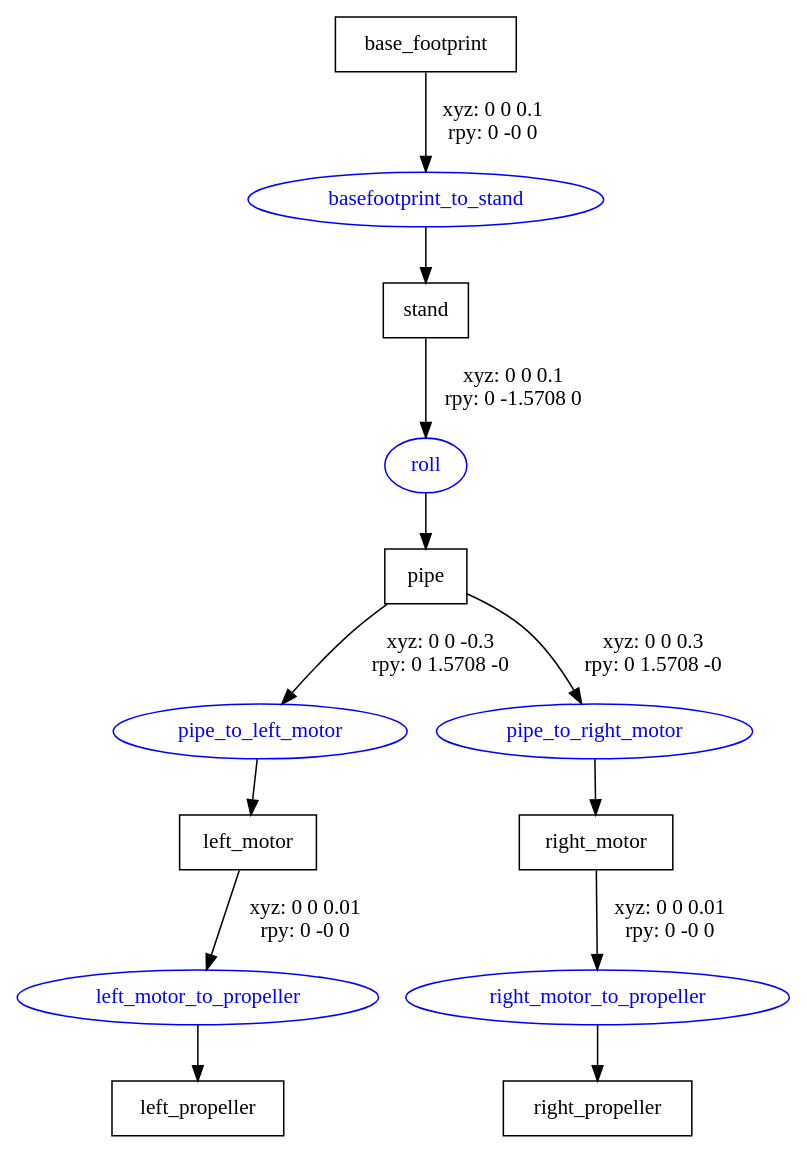
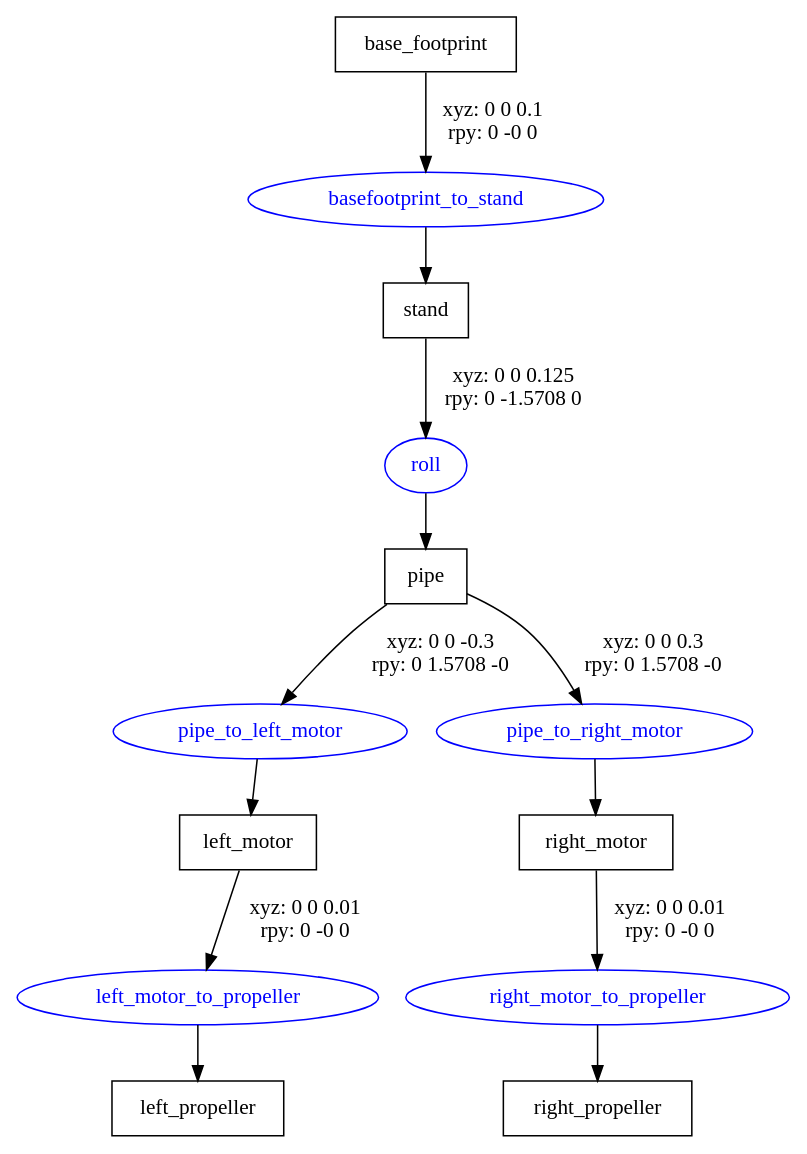
Before and after one commit to kasraazizi/thrust_balance: the diagram in tb_description/urdf/thrustbalance.gv, drawn with Graphviz. The commit also changed 3 other files, not shown here.

```diff
--- a/tb_description/urdf/thrustbalance.gv
+++ b/tb_description/urdf/thrustbalance.gv
@@ -1,23 +1,23 @@
 digraph G {
 node [shape=box];
 "base_footprint" [label="base_footprint"];
 "stand" [label="stand"];
 "pipe" [label="pipe"];
 "left_motor" [label="left_motor"];
 "left_propeller" [label="left_propeller"];
 "right_motor" [label="right_motor"];
 "right_propeller" [label="right_propeller"];
 node [shape=ellipse, color=blue, fontcolor=blue];
 "base_footprint" -> "basefootprint_to_stand" [label="xyz: 0 0 0.1 \nrpy: 0 -0 0"]
 "basefootprint_to_stand" -> "stand"
-"stand" -> "roll" [label="xyz: 0 0 0.1 \nrpy: 0 -1.5708 0"]
+"stand" -> "roll" [label="xyz: 0 0 0.125 \nrpy: 0 -1.5708 0"]
 "roll" -> "pipe"
 "pipe" -> "pipe_to_left_motor" [label="xyz: 0 0 -0.3 \nrpy: 0 1.5708 -0"]
 "pipe_to_left_motor" -> "left_motor"
 "left_motor" -> "left_motor_to_propeller" [label="xyz: 0 0 0.01 \nrpy: 0 -0 0"]
 "left_motor_to_propeller" -> "left_propeller"
 "pipe" -> "pipe_to_right_motor" [label="xyz: 0 0 0.3 \nrpy: 0 1.5708 -0"]
 "pipe_to_right_motor" -> "right_motor"
 "right_motor" -> "right_motor_to_propeller" [label="xyz: 0 0 0.01 \nrpy: 0 -0 0"]
 "right_motor_to_propeller" -> "right_propeller"
 }
```
